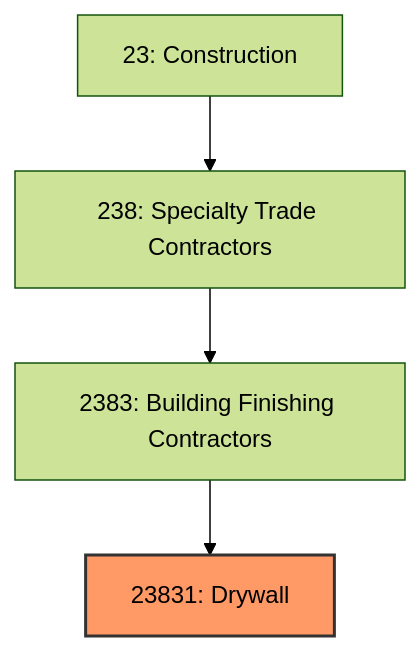
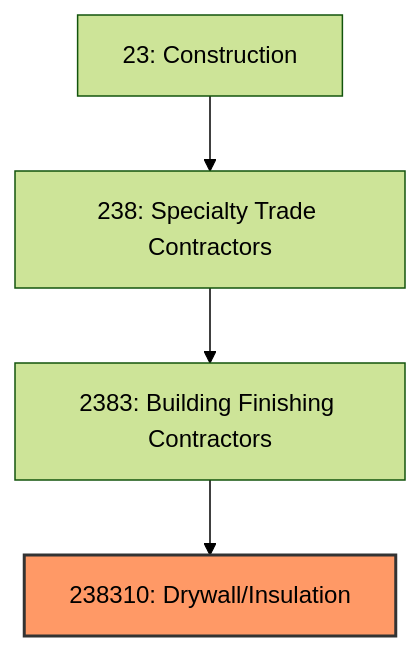
The first of 3 diagrams in industries/Construction/SpecialtyTradeContractors/BuildingFinishingContractors/Drywall.mdx (kziemski/business.org.ai), drawn with Mermaid (forest theme) before and after one commit. The commit also changed other lines of this file and 20 other files, not shown here.

````diff
--- a/industries/Construction/SpecialtyTradeContractors/BuildingFinishingContractors/Drywall.mdx
+++ b/industries/Construction/SpecialtyTradeContractors/BuildingFinishingContractors/Drywall.mdx
@@ -20,8 +36,8 @@
 ```mermaid
 graph TD
     S23["23: Construction"]
     S23 --> N238["238: Specialty Trade Contractors"]
     N238 --> N2383["2383: Building Finishing Contractors"]
-    N2383 --> N23831["23831: Drywall"]
-    style N23831 fill:#f96,stroke:#333,stroke-width:2px
+    N2383 --> N238310["238310: Drywall/Insulation"]
+    style N238310 fill:#f96,stroke:#333,stroke-width:2px
 ```
````
